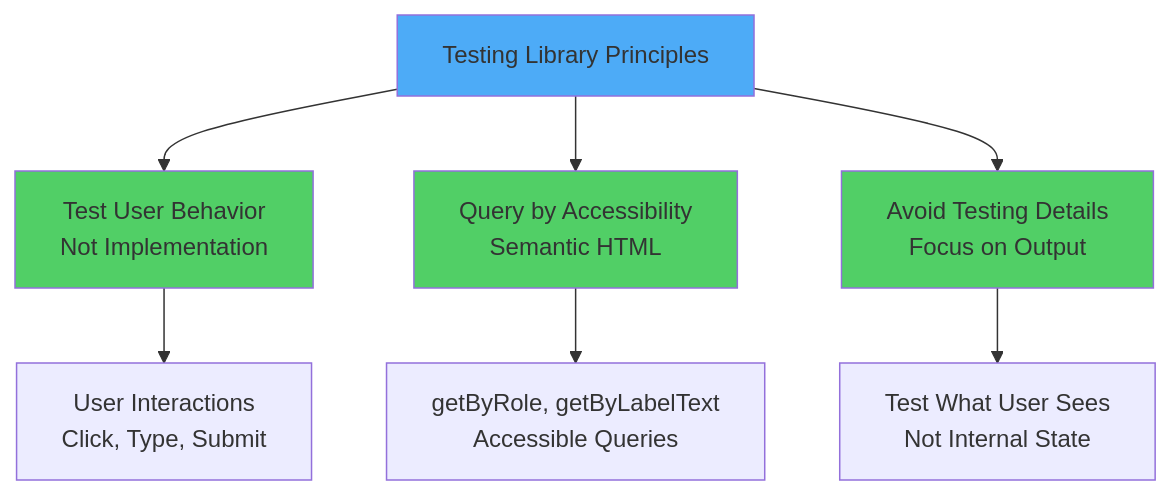
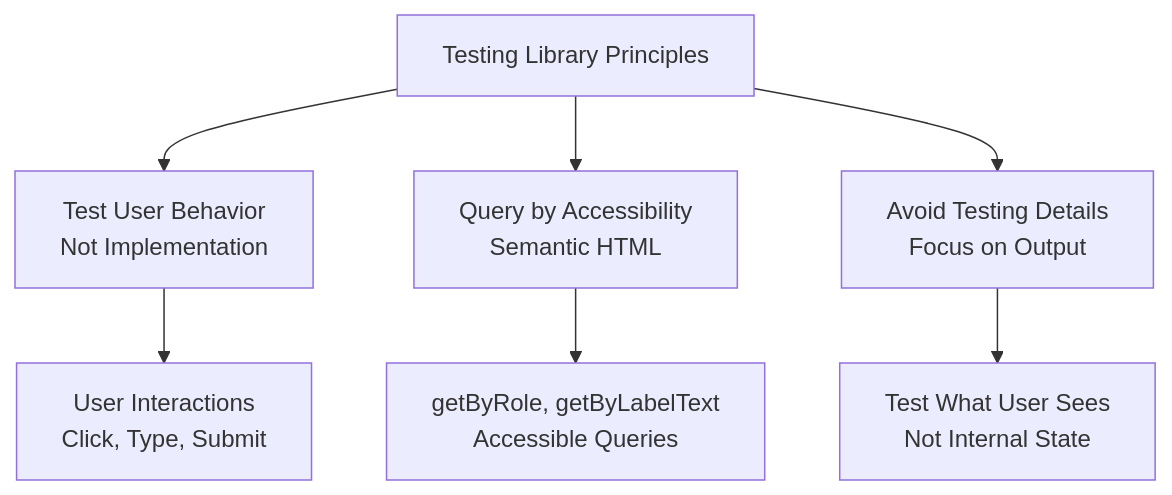
One commit to BabaScience/react-guides changed the fourth of 10 diagrams in arguments/chapters/10-testing.md. Above: the diagram before and after it, drawn with Mermaid. The commit also changed other lines of this file and 29 other files, not shown here.

First line of the commit message:
Bring React FR/IT translations to full English parity + theme-safe diagrams

````diff
--- a/arguments/chapters/10-testing.md
+++ b/arguments/chapters/10-testing.md
@@ -538,15 +528,11 @@
 ```mermaid
 graph TD
     A[Testing Library Principles] --> B[Test User Behavior<br/>Not Implementation]
     A --> C[Query by Accessibility<br/>Semantic HTML]
     A --> D[Avoid Testing Details<br/>Focus on Output]
     
     B --> B1[User Interactions<br/>Click, Type, Submit]
     C --> C1[getByRole, getByLabelText<br/>Accessible Queries]
     D --> D1[Test What User Sees<br/>Not Internal State]
     
-    style A fill:#4dabf7
-    style B fill:#51cf66
-    style C fill:#51cf66
-    style D fill:#51cf66
 ```
````
